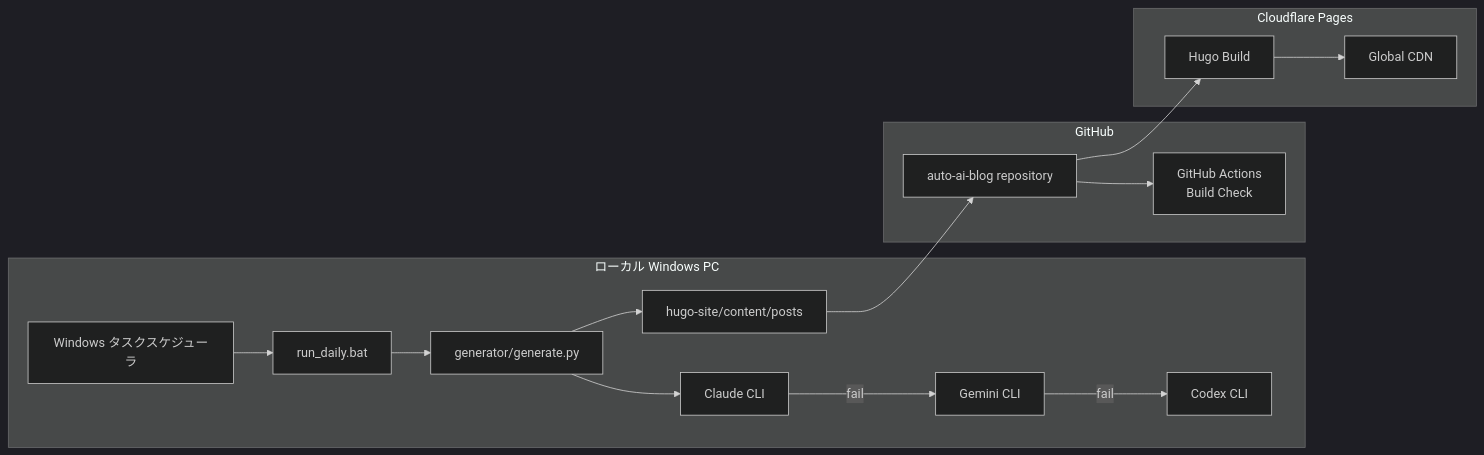
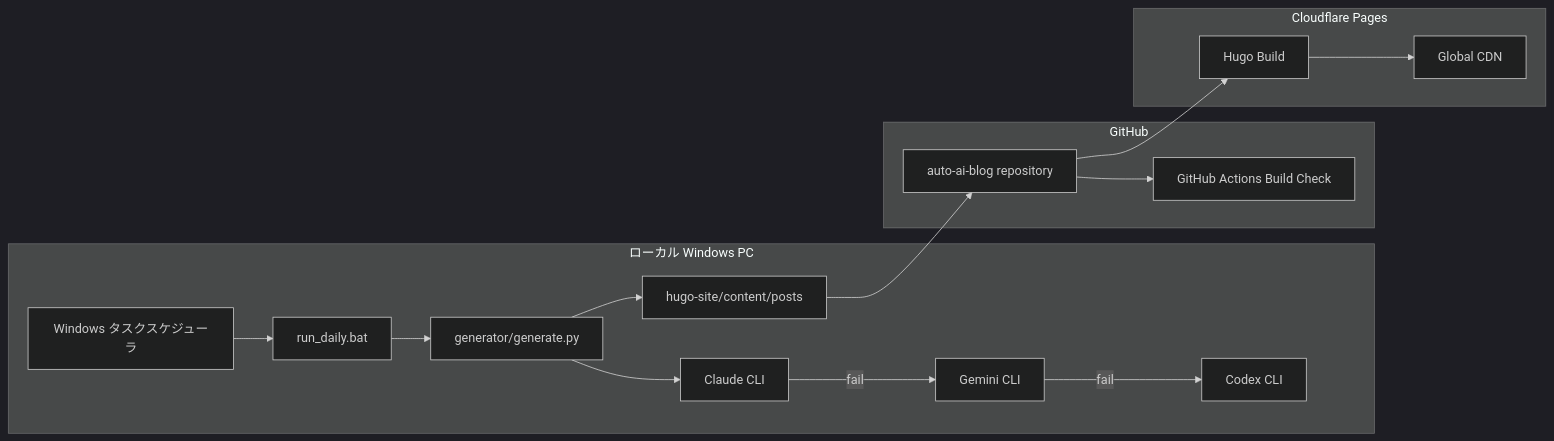
The first of 2 diagrams in docs/architecture.md (univcorp2-ctrl/auto-ai-blog), drawn with Mermaid (dark theme) before and after one commit. The commit also changed other lines of this file, not shown here.

Commit message:
Add architecture docs

````diff
--- a/docs/architecture.md
+++ b/docs/architecture.md
@@ -11,31 +7,31 @@
 ```mermaid
 flowchart LR
     subgraph Local[ローカル Windows PC]
         TS[Windows タスクスケジューラ]
         BAT[run_daily.bat]
         PY[generator/generate.py]
         CLI1[Claude CLI]
         CLI2[Gemini CLI]
         CLI3[Codex CLI]
         POSTS[hugo-site/content/posts]
     end
 
     subgraph GitHub[GitHub]
         REPO[auto-ai-blog repository]
-        ACTIONS[GitHub Actions<br>Build Check]
+        ACTIONS[GitHub Actions Build Check]
     end
 
     subgraph Cloudflare[Cloudflare Pages]
         BUILD[Hugo Build]
         CDN[Global CDN]
     end
 
     TS --> BAT --> PY
     PY --> CLI1
     CLI1 -->|fail| CLI2
     CLI2 -->|fail| CLI3
     PY --> POSTS
     POSTS --> REPO
     REPO --> ACTIONS
     REPO --> BUILD --> CDN
 ```
````
